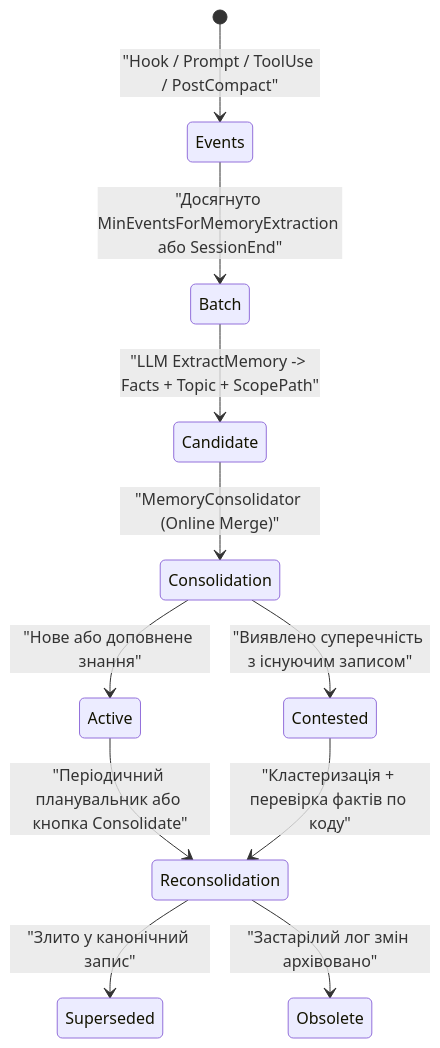
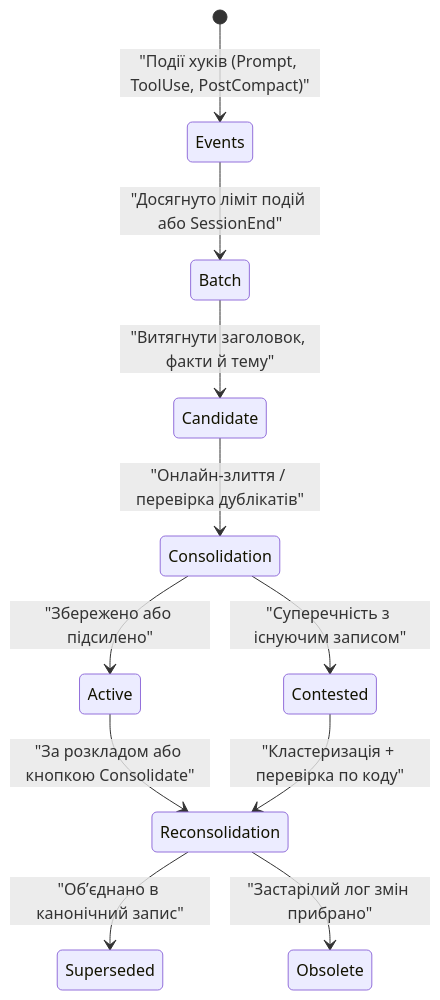
The second of 2 diagrams in docs/uk/FEATURES.md (dellik95/context-platform), drawn with Mermaid before and after one commit. The commit also changed other lines of this file and 7 other files, not shown here.

````diff
--- a/docs/uk/FEATURES.md
+++ b/docs/uk/FEATURES.md
@@ -63,13 +61,13 @@
 ```mermaid
 stateDiagram-v2
-    [*] --> Events: "Hook / Prompt / ToolUse / PostCompact"
-    Events --> Batch: "Досягнуто MinEventsForMemoryExtraction або SessionEnd"
-    Batch --> Candidate: "LLM ExtractMemory -> Facts + Topic + ScopePath"
-    Candidate --> Consolidation: "MemoryConsolidator (Online Merge)"
-    Consolidation --> Active: "Нове або доповнене знання"
-    Consolidation --> Contested: "Виявлено суперечність з існуючим записом"
-    Active --> Reconsolidation: "Періодичний планувальник або кнопка Consolidate"
-    Contested --> Reconsolidation: "Кластеризація + перевірка фактів по коду"
-    Reconsolidation --> Superseded: "Злито у канонічний запис"
-    Reconsolidation --> Obsolete: "Застарілий лог змін архівовано"
+    [*] --> Events: "Події хуків (Prompt, ToolUse, PostCompact)"
+    Events --> Batch: "Досягнуто ліміт подій або SessionEnd"
+    Batch --> Candidate: "Витягнути заголовок, факти й тему"
+    Candidate --> Consolidation: "Онлайн-злиття / перевірка дублікатів"
+    Consolidation --> Active: "Збережено або підсилено"
+    Consolidation --> Contested: "Суперечність з існуючим записом"
+    Active --> Reconsolidation: "За розкладом або кнопкою Consolidate"
+    Contested --> Reconsolidation: "Кластеризація + перевірка по коду"
+    Reconsolidation --> Superseded: "Обʼєднано в канонічний запис"
+    Reconsolidation --> Obsolete: "Застарілий лог змін прибрано"
 ```
````
